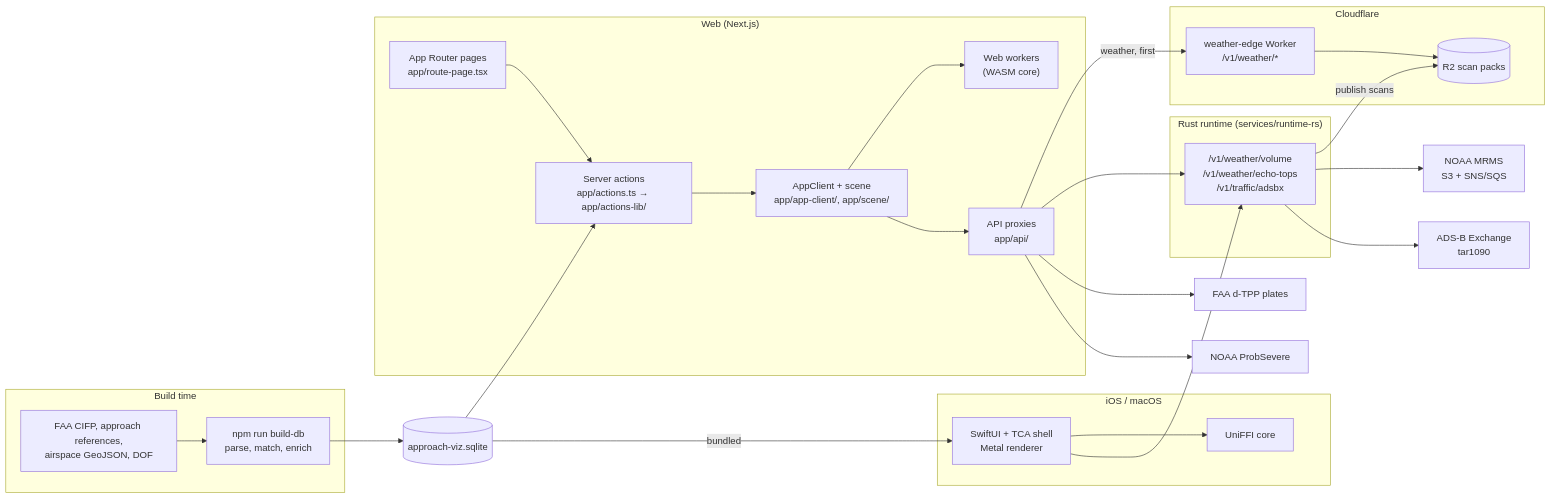
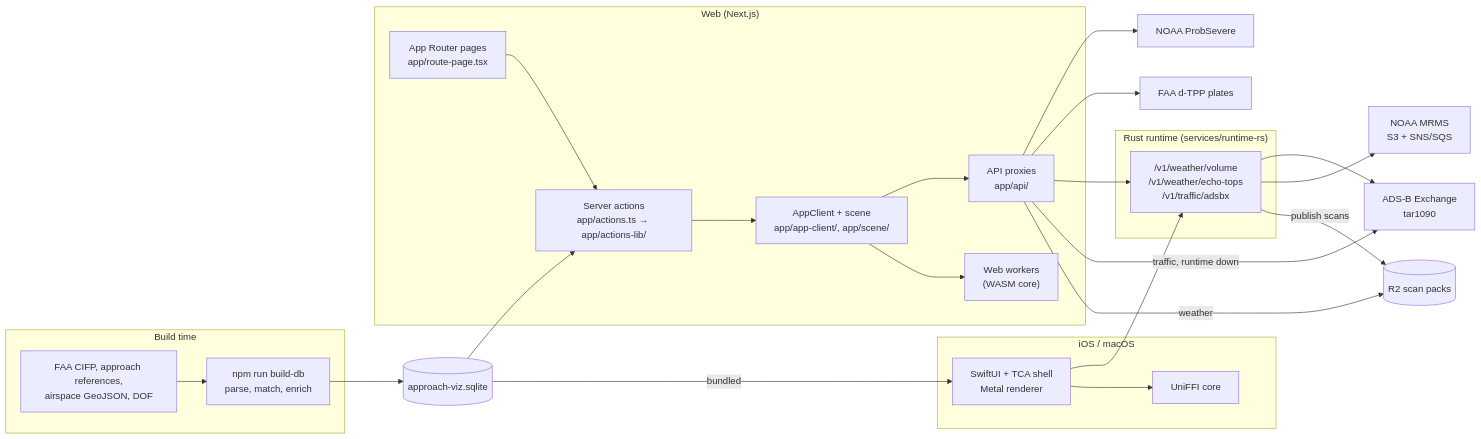
One commit to andyfangdz/approach-viz changed the diagram in docs/architecture-overview.md. Above: the diagram before and after it, drawn with Mermaid. The commit also changed other lines of this file and 65 other files, not shown here.

First line of the commit message:
Serve fallbacks from Vercel: weather from R2 packs, direct traffic

````diff
--- a/docs/architecture-overview.md
+++ b/docs/architecture-overview.md
@@ -13,35 +13,34 @@
 ```mermaid
 flowchart LR
   subgraph build["Build time"]
     SRC["FAA CIFP, approach references,<br/>airspace GeoJSON, DOF"] --> BDB["npm run build-db<br/>parse, match, enrich"]
   end
   BDB --> DB[("approach-viz.sqlite")]
 
   subgraph web["Web (Next.js)"]
     PAGES["App Router pages<br/>app/route-page.tsx"] --> ACT["Server actions<br/>app/actions.ts → app/actions-lib/"]
     CLIENT["AppClient + scene<br/>app/app-client/, app/scene/"] --> WORKERS["Web workers<br/>(WASM core)"]
     CLIENT --> PROXY["API proxies<br/>app/api/"]
   end
   DB --> ACT
   ACT --> CLIENT
 
   subgraph native["iOS / macOS"]
     APP["SwiftUI + TCA shell<br/>Metal renderer"] --> FFI["UniFFI core"]
   end
   DB -- bundled --> APP
 
   subgraph runtime["Rust runtime (services/runtime-rs)"]
     RS["/v1/weather/volume<br/>/v1/weather/echo-tops<br/>/v1/traffic/adsbx"]
   end
-  subgraph edge["Cloudflare"]
-    WE["weather-edge Worker<br/>/v1/weather/*"] --> R2[("R2 scan packs")]
-  end
+  R2[("R2 scan packs")]
   RS -- "publish scans" --> R2
-  PROXY -- "weather, first" --> WE
+  PROXY -- "weather" --> R2
+  PROXY -- "traffic, runtime down" --> ADSB
   PROXY --> RS
   APP --> RS
   PROXY --> FAA["FAA d-TPP plates"]
   PROXY --> PS["NOAA ProbSevere"]
   RS --> MRMS["NOAA MRMS<br/>S3 + SNS/SQS"]
   RS --> ADSB["ADS-B Exchange<br/>tar1090"]
 ```
````
